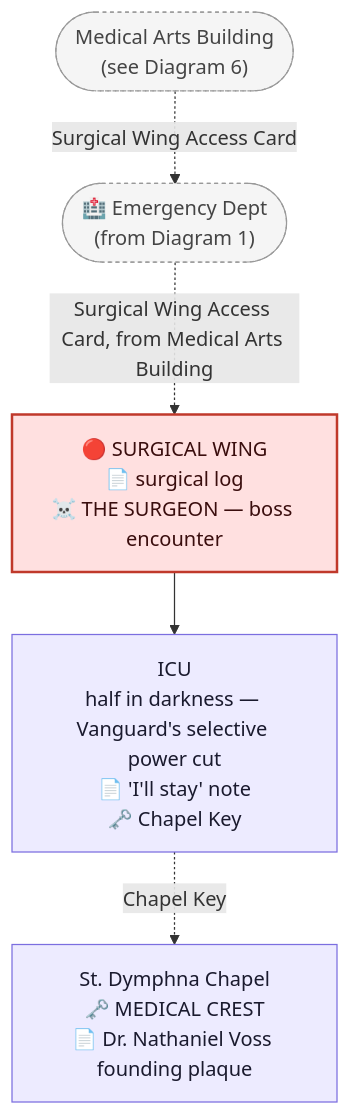
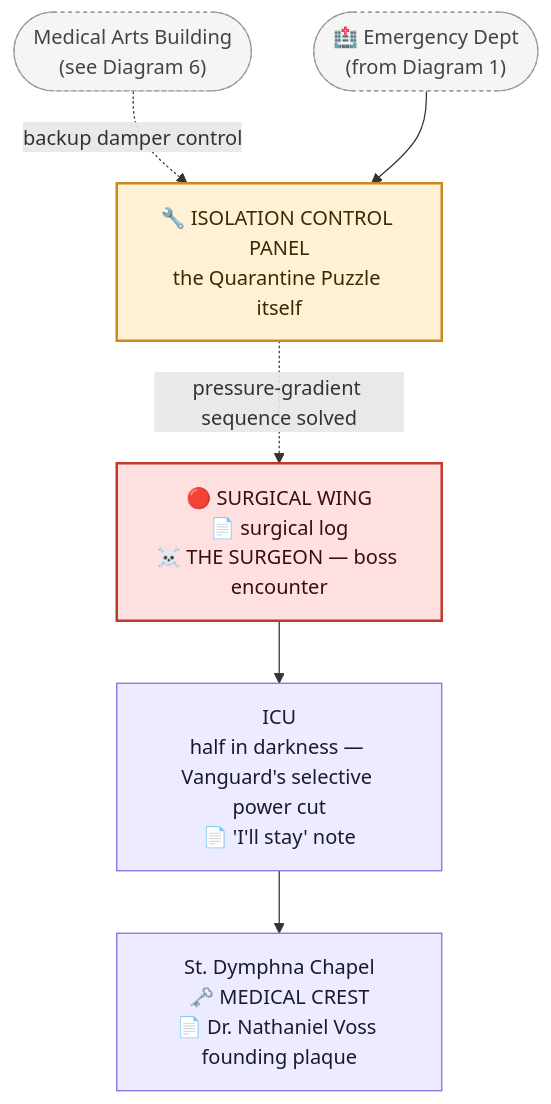
One commit to GIToez/Deadlock-Design changed the third of 6 diagrams in DESIGN/Locations/Hospital.md. Above: the diagram before and after it, drawn with Mermaid. The commit also changed other lines of this file and 8 other files, not shown here.

````diff
--- a/DESIGN/Locations/Hospital.md
+++ b/DESIGN/Locations/Hospital.md
@@ -455,19 +458,21 @@
 ```mermaid
 flowchart TD
     EDREF2(["🏥 Emergency Dept<br/>(from Diagram 1)"])
     ARTSREF(["Medical Arts Building<br/>(see Diagram 6)"])
+    PANEL["🔧 ISOLATION CONTROL PANEL<br/>the Quarantine Puzzle itself"]
     SURGERY["🔴 SURGICAL WING<br/>📄 surgical log<br/>☠️ THE SURGEON — boss encounter"]
-    ICU["ICU<br/>half in darkness — Vanguard's selective power cut<br/>📄 'I'll stay' note<br/>🗝️ Chapel Key"]
+    ICU["ICU<br/>half in darkness — Vanguard's selective power cut<br/>📄 'I'll stay' note"]
     CHAPEL["St. Dymphna Chapel<br/>🗝️ MEDICAL CREST<br/>📄 Dr. Nathaniel Voss founding plaque"]
 
-    ARTSREF -. Surgical Wing Access Card .-> EDREF2
-    EDREF2 -. Surgical Wing Access Card, from Medical Arts Building .-> SURGERY --> ICU
-    ICU -. Chapel Key .-> CHAPEL
+    ARTSREF -. backup damper control .-> PANEL
+    EDREF2 --> PANEL -. pressure-gradient sequence solved .-> SURGERY --> ICU --> CHAPEL
 
     classDef room fill:#EDEBFF,stroke:#7C6EE0,color:#1a1a2e
     classDef boss fill:#FFE0E0,stroke:#C0392B,color:#3a0d0d,stroke-width:2px
     classDef ref fill:#F5F5F5,stroke:#999999,color:#444444,stroke-dasharray:3 3
+    classDef puzzle fill:#FFF0D6,stroke:#C98A1E,color:#3a2a00,stroke-width:2px
     class EDREF2,ARTSREF ref
     class ICU,CHAPEL room
+    class PANEL puzzle
     class SURGERY boss
 ```
````
